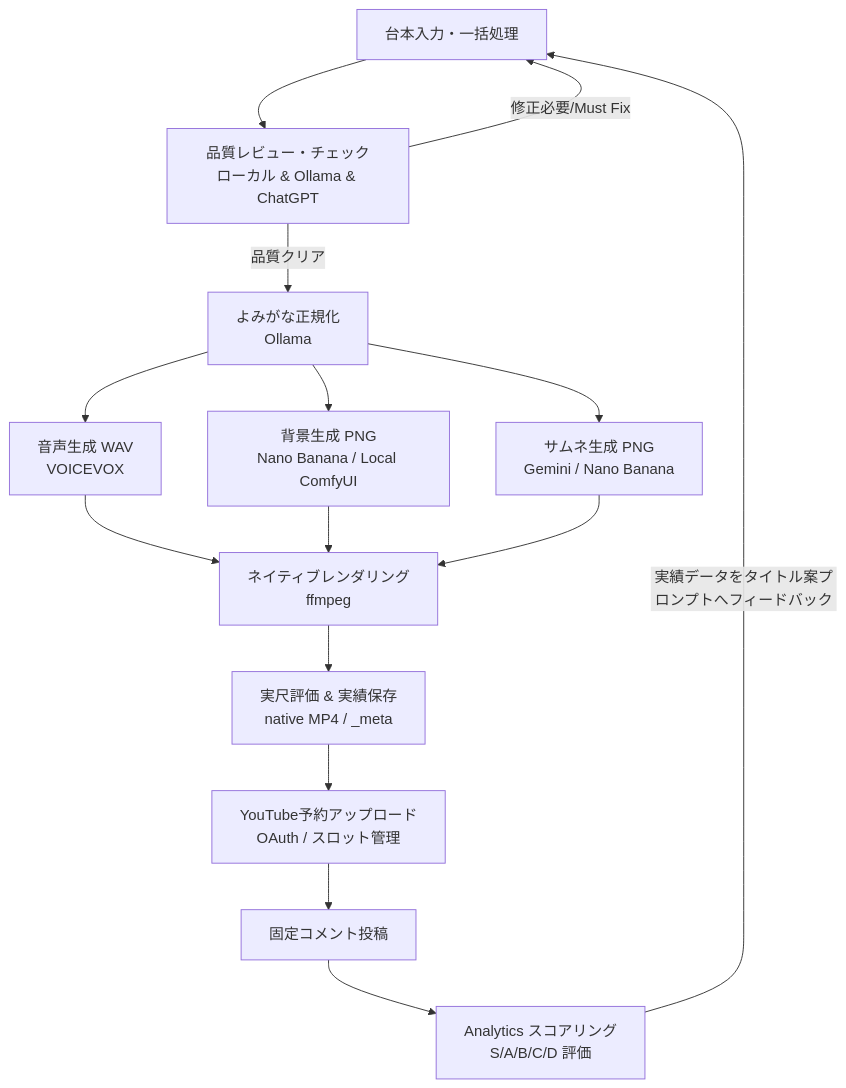
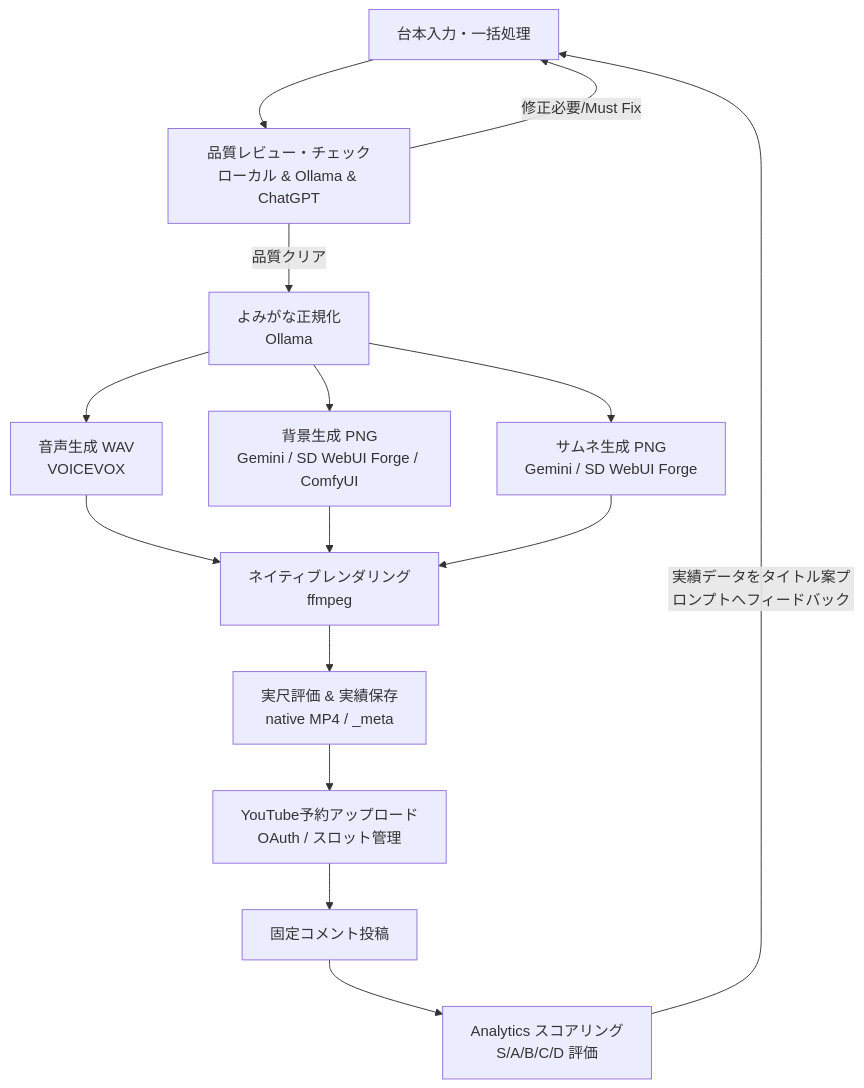
The diagram in README.md (benybeny777/PicoCast), drawn with Mermaid before and after one commit. The commit also changed other lines of this file and 11 other files, not shown here.

````diff
--- a/README.md
+++ b/README.md
@@ -12,17 +12,17 @@
 ```mermaid
 graph TD
     A[台本入力・一括処理] --> B[品質レビュー・チェック<br/>ローカル & Ollama & ChatGPT]
     B -->|修正必要/Must Fix| A
     B -->|品質クリア| C[よみがな正規化<br/>Ollama]
     C --> D[音声生成 WAV<br/>VOICEVOX]
-    C --> E[背景生成 PNG<br/>Nano Banana / Local ComfyUI]
-    C --> T[サムネ生成 PNG<br/>Gemini / Nano Banana]
+    C --> E[背景生成 PNG<br/>Gemini / SD WebUI Forge / ComfyUI]
+    C --> T[サムネ生成 PNG<br/>Gemini / SD WebUI Forge]
     D --> F[ネイティブレンダリング<br/>ffmpeg]
     E --> F
     T --> F
     F --> G[実尺評価 & 実績保存<br/>native MP4 / _meta]
     G --> H[YouTube予約アップロード<br/>OAuth / スロット管理]
     H --> I[固定コメント投稿]
     I --> J[Analytics スコアリング<br/>S/A/B/C/D 評価]
     J -->|実績データをタイトル案プロンプトへフィードバック| A
 ```
````
